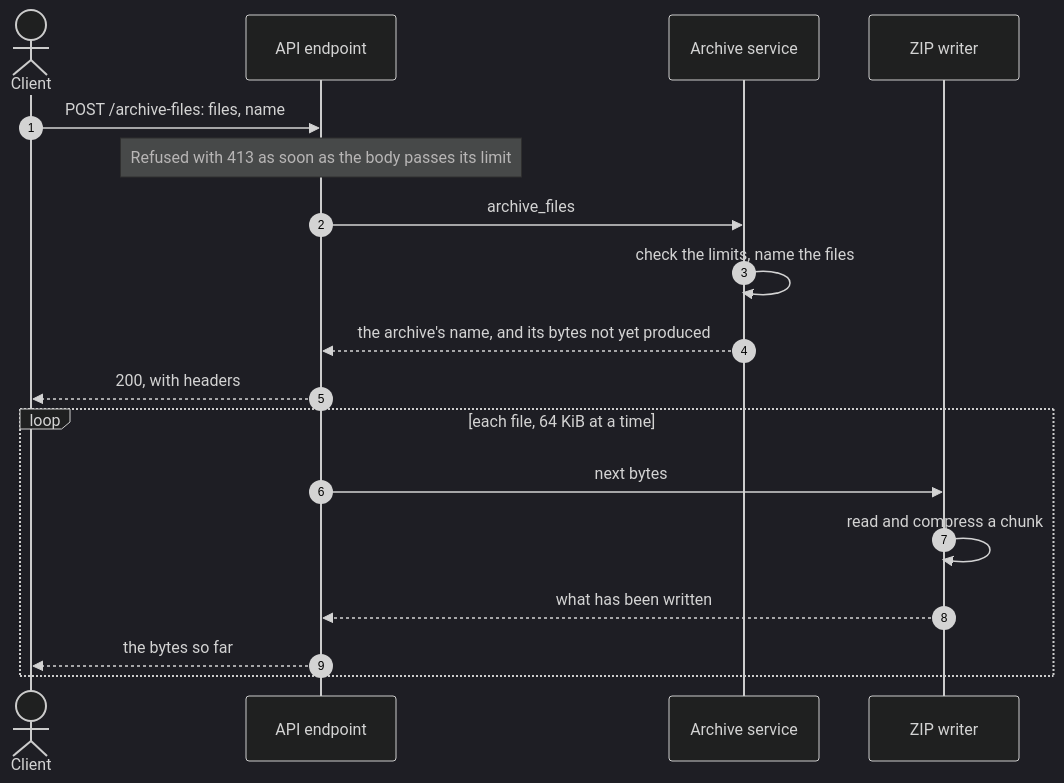
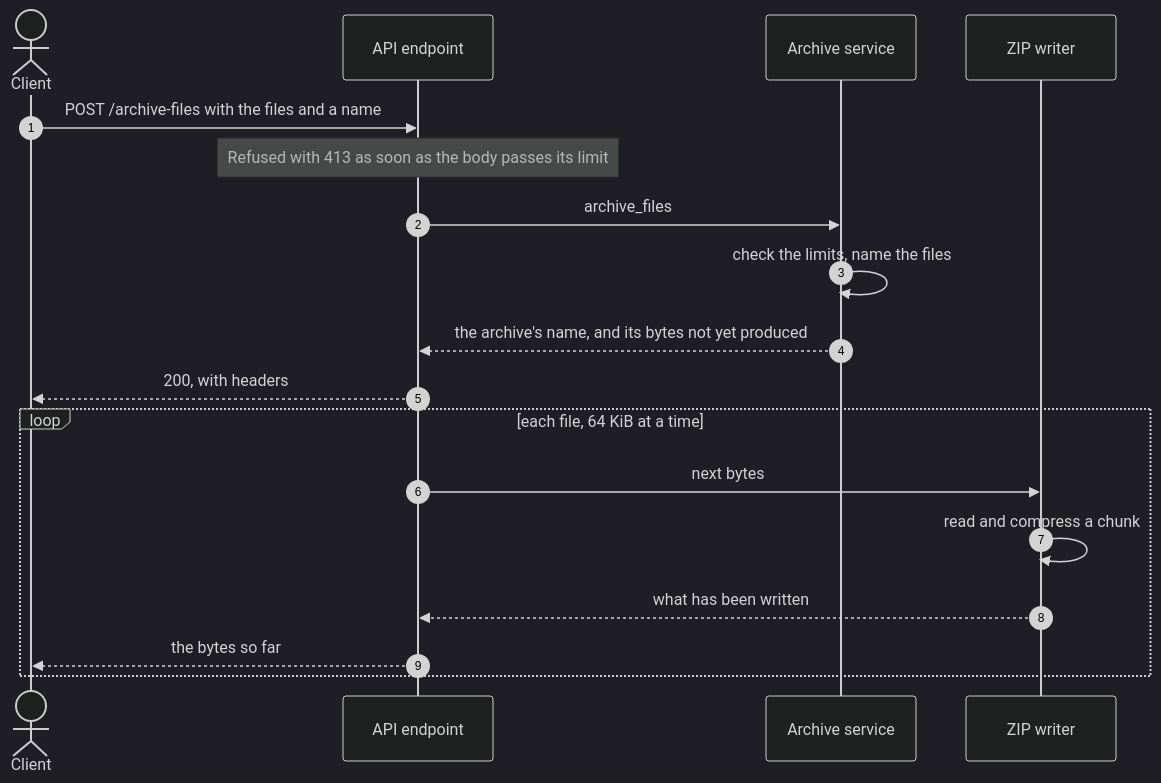
One commit to berislavlopac/satara changed the fourth of 5 diagrams in docs/architecture.md. Above: the diagram before and after it, drawn with Mermaid (dark theme). The commit also changed other lines of this file, not shown here.

First line of the commit message:
show signing, notifications and paths in the sequence diagrams

````diff
--- a/docs/architecture.md
+++ b/docs/architecture.md
@@ -124,20 +124,20 @@
 ```mermaid
 sequenceDiagram
     autonumber
     actor Client
     participant API as API endpoint
     participant Service as Archive service
     participant Writer as ZIP writer
-    Client->>API: POST /archive-files: files, name
+    Client->>API: POST /archive-files with the files and a name
     Note over API: Refused with 413 as soon as the body passes its limit
     API->>Service: archive_files
     Service->>Service: check the limits, name the files
     Service-->>API: the archive's name, and its bytes not yet produced
     API-->>Client: 200, with headers
     loop each file, 64 KiB at a time
         API->>Writer: next bytes
         Writer->>Writer: read and compress a chunk
         Writer-->>API: what has been written
         API-->>Client: the bytes so far
     end
 ```
````
